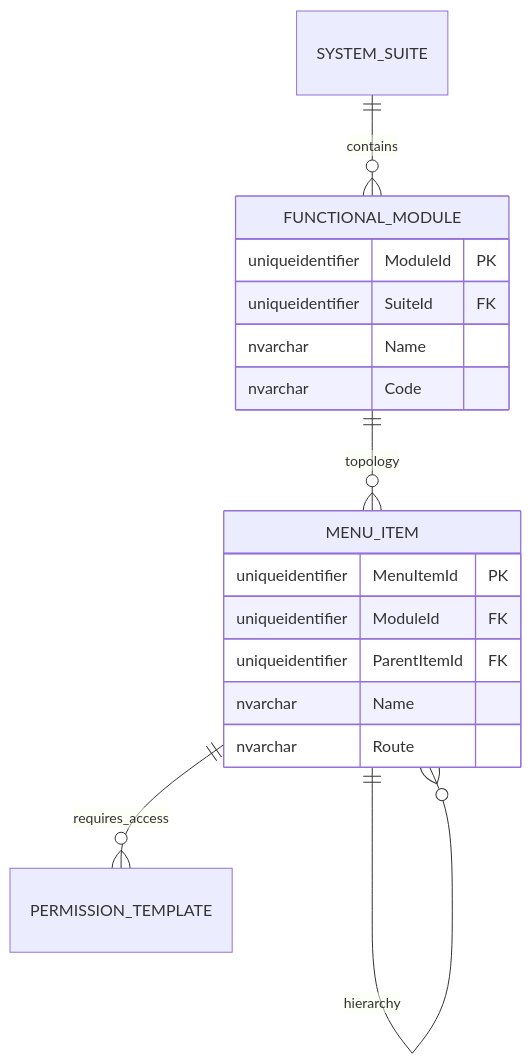
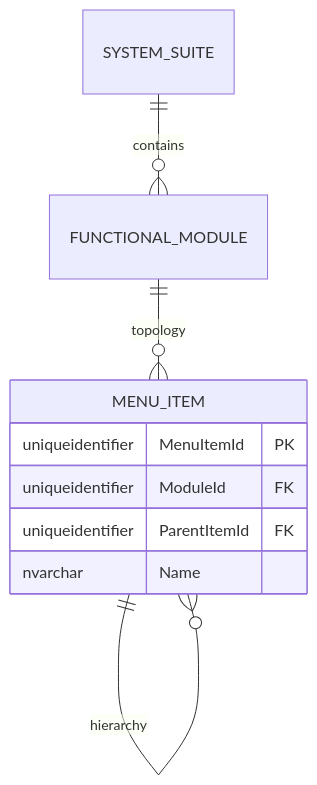
Before and after one commit to beyondnetcode/ums: the third of 3 diagrams in architecture/blueprints/database-design-er.md, drawn with Mermaid. The commit also changed other lines of this file and 4 other files, not shown here.

````diff
--- a/architecture/blueprints/database-design-er.md
+++ b/architecture/blueprints/database-design-er.md
@@ -107,22 +85,13 @@
 ```mermaid
 erDiagram
     SYSTEM_SUITE ||--o{ FUNCTIONAL_MODULE : "contains"
     FUNCTIONAL_MODULE ||--o{ MENU_ITEM : "topology"
     MENU_ITEM ||--o{ MENU_ITEM : "hierarchy"
-    MENU_ITEM ||--o{ PERMISSION_TEMPLATE : "requires_access"
-    
-    FUNCTIONAL_MODULE {
-        uniqueidentifier ModuleId PK
-        uniqueidentifier SuiteId FK
-        nvarchar Name
-        nvarchar Code
-    }
     
     MENU_ITEM {
         uniqueidentifier MenuItemId PK
         uniqueidentifier ModuleId FK
         uniqueidentifier ParentItemId FK
         nvarchar Name
-        nvarchar Route
     }
 ```
````
